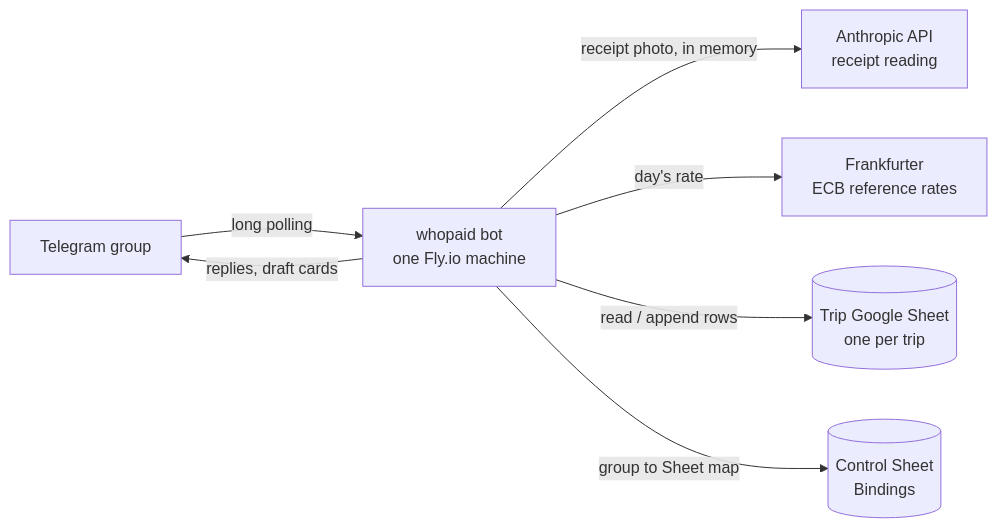
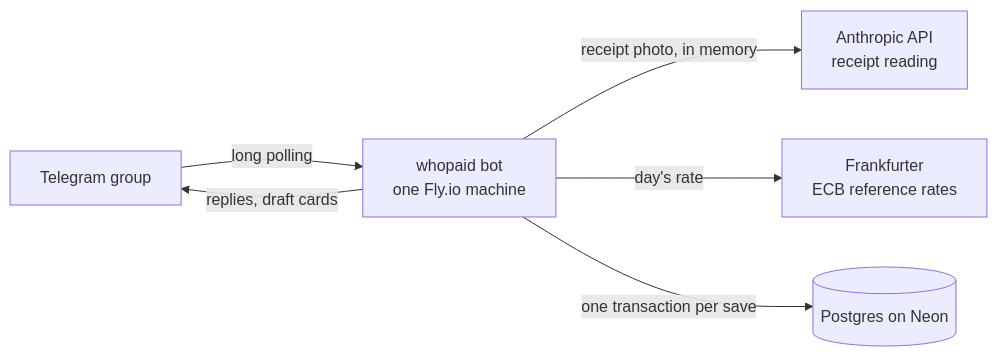
The diagram in README.md (bookwormsuf/whopaidforthis), drawn with Mermaid before and after one commit. The commit also changed other lines of this file and 69 other files, not shown here.

````diff
--- a/README.md
+++ b/README.md
@@ -13,9 +13,8 @@
 ```mermaid
 flowchart LR
     TG[Telegram group] -- long polling --> BOT[whopaid bot<br/>one Fly.io machine]
     BOT -- replies, draft cards --> TG
     BOT -- receipt photo, in memory --> LLM[Anthropic API<br/>receipt reading]
     BOT -- day's rate --> FX[Frankfurter<br/>ECB reference rates]
-    BOT -- read / append rows --> TRIP[(Trip Google Sheet<br/>one per trip)]
-    BOT -- group to Sheet map --> CTRL[(Control Sheet<br/>Bindings)]
+    BOT -- one transaction per save --> DB[(Postgres on Neon)]
 ```
````
